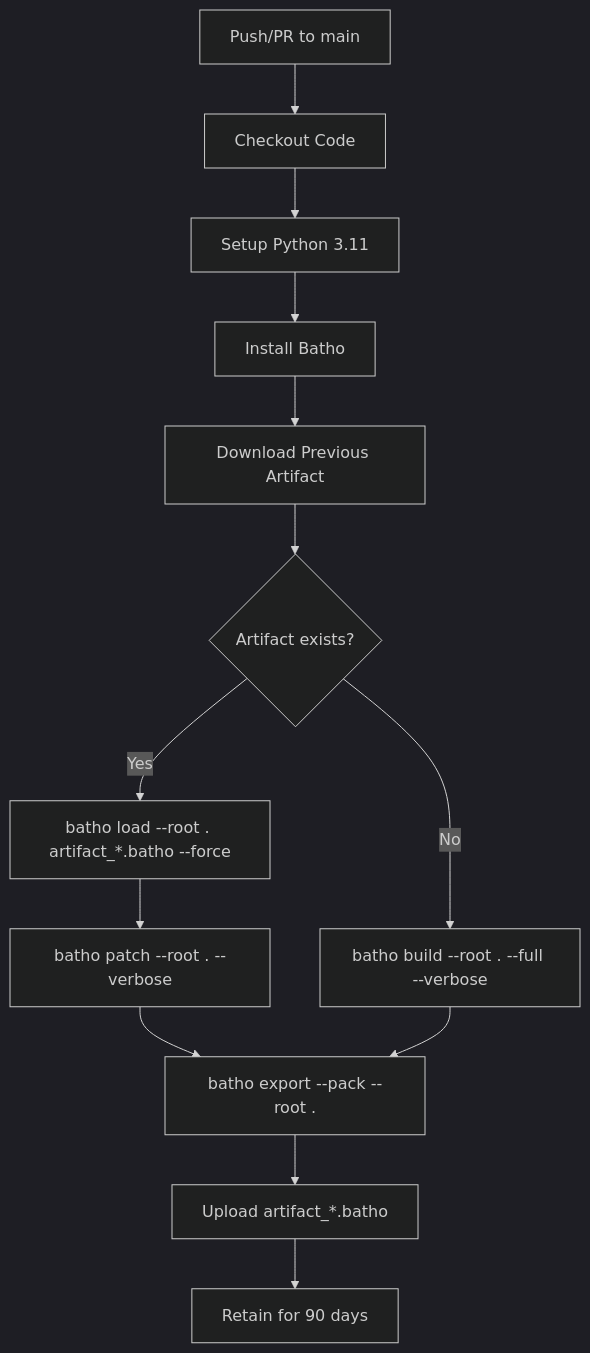
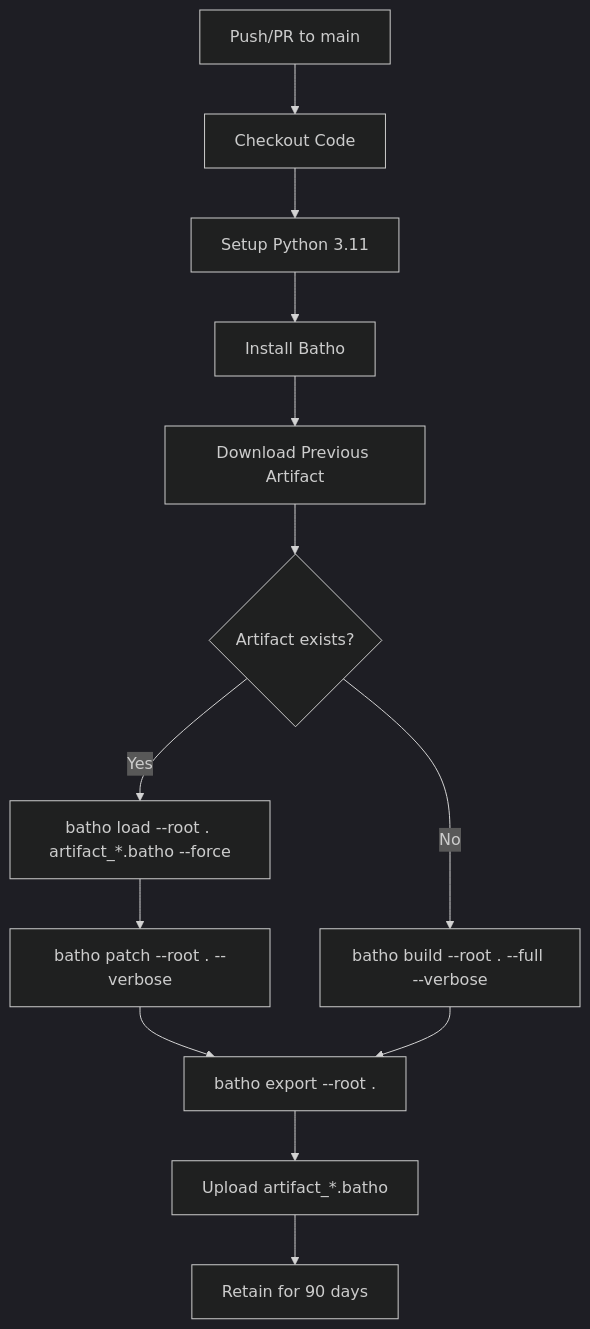
One commit to sageoz/Batho changed the first of 2 diagrams in cicd/cicd.md. Above: the diagram before and after it, drawn with Mermaid (dark theme). The commit also changed other lines of this file and 100 other files, not shown here.

````diff
--- a/cicd/cicd.md
+++ b/cicd/cicd.md
@@ -69,15 +69,15 @@
 ```mermaid
 flowchart TD
     A["Push/PR to main"] --> B["Checkout Code"]
     B --> C["Setup Python 3.11"]
     C --> D["Install Batho"]
     D --> E["Download Previous Artifact"]
     E --> F{Artifact exists?}
     F -- "Yes" --> G["batho load --root . artifact_*.batho --force"]
     G --> H["batho patch --root . --verbose"]
-    H --> I["batho export --pack --root ."]
+    H --> I["batho export --root ."]
     F -- "No" --> J["batho build --root . --full --verbose"]
     J --> I
     I --> K["Upload artifact_*.batho"]
     K --> L["Retain for 90 days"]
 ```
````
